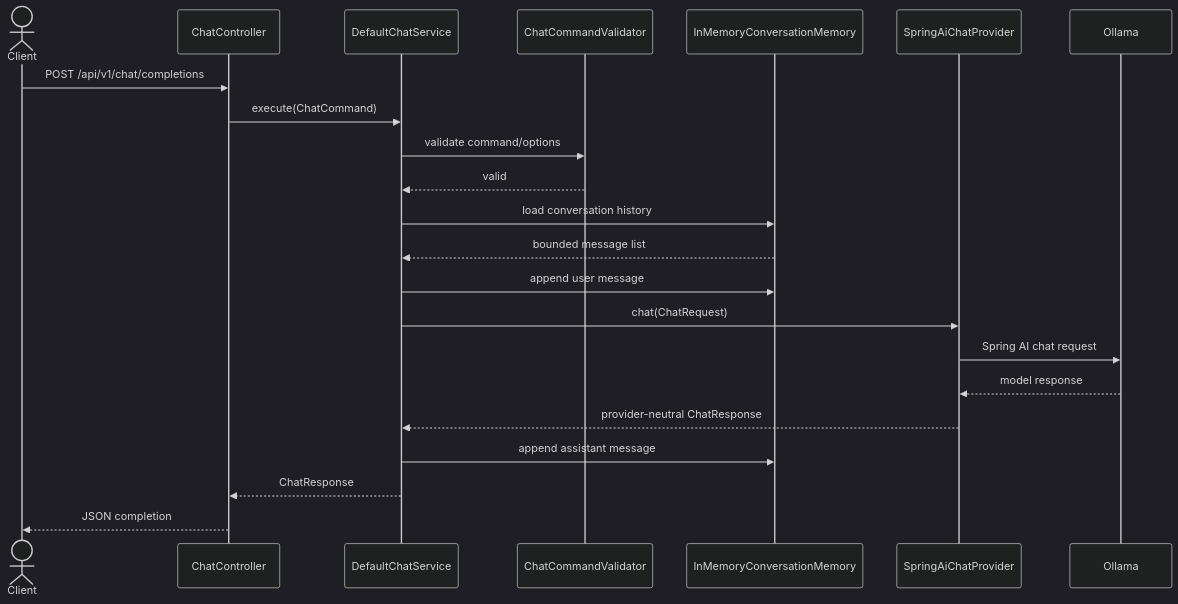
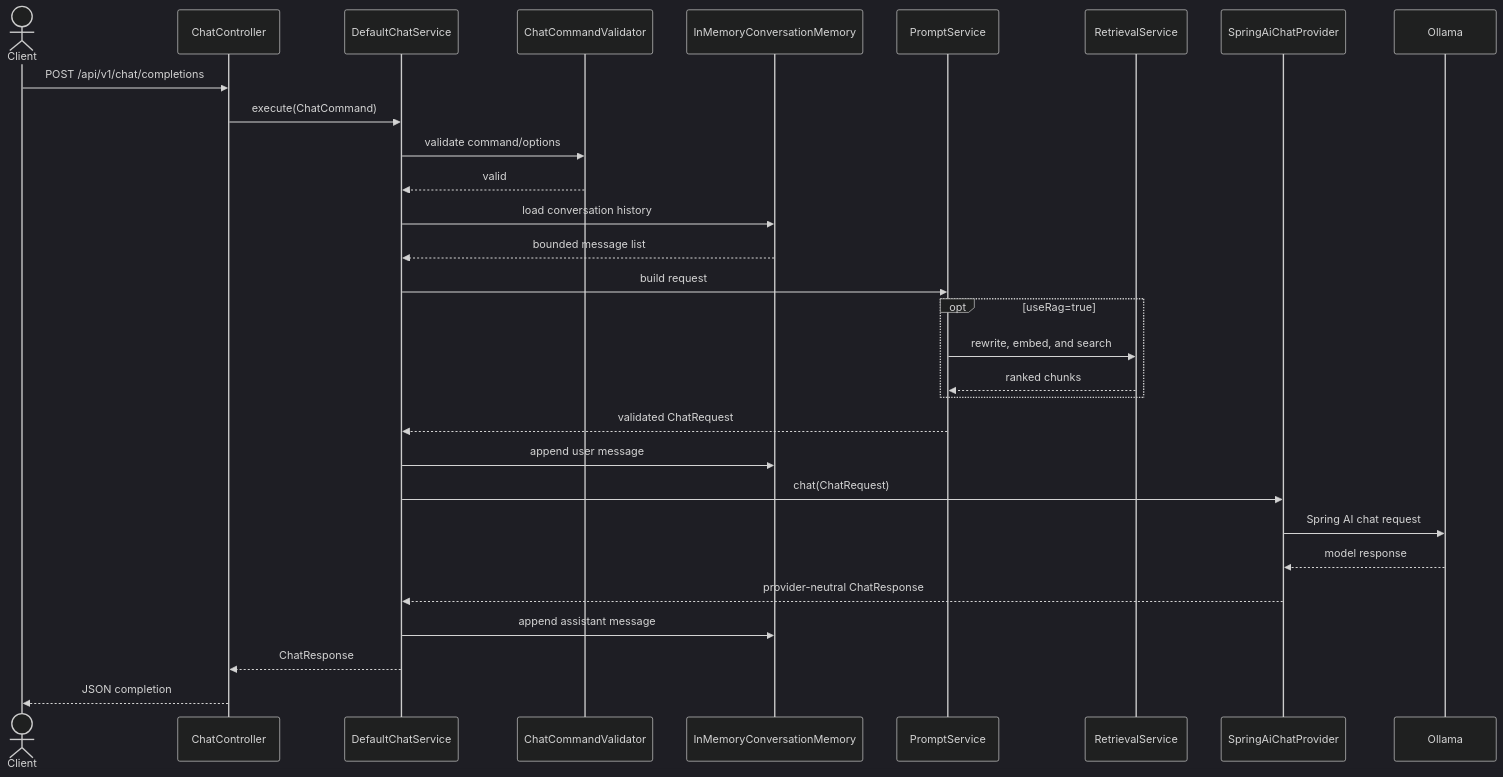
Before and after one commit to rawalpuneet1209/ai-foundry: the first of 8 diagrams in docs/SEQUENCE_AND_WORKFLOWS.md, drawn with Mermaid (dark theme). The commit also changed other lines of this file and 77 other files, not shown here.

````diff
--- a/docs/SEQUENCE_AND_WORKFLOWS.md
+++ b/docs/SEQUENCE_AND_WORKFLOWS.md
@@ -23,25 +23,33 @@
 ```mermaid
 sequenceDiagram
     actor Client
     participant API as ChatController
     participant Chat as DefaultChatService
     participant Validator as ChatCommandValidator
     participant Memory as InMemoryConversationMemory
+    participant Prompt as PromptService
+    participant RAG as RetrievalService
     participant Provider as SpringAiChatProvider
     participant Ollama
 
     Client->>API: POST /api/v1/chat/completions
     API->>Chat: execute(ChatCommand)
     Chat->>Validator: validate command/options
     Validator-->>Chat: valid
     Chat->>Memory: load conversation history
     Memory-->>Chat: bounded message list
+    Chat->>Prompt: build request
+    opt useRag=true
+        Prompt->>RAG: rewrite, embed, and search
+        RAG-->>Prompt: ranked chunks
+    end
+    Prompt-->>Chat: validated ChatRequest
     Chat->>Memory: append user message
     Chat->>Provider: chat(ChatRequest)
     Provider->>Ollama: Spring AI chat request
     Ollama-->>Provider: model response
     Provider-->>Chat: provider-neutral ChatResponse
     Chat->>Memory: append assistant message
     Chat-->>API: ChatResponse
     API-->>Client: JSON completion
 ```
````
